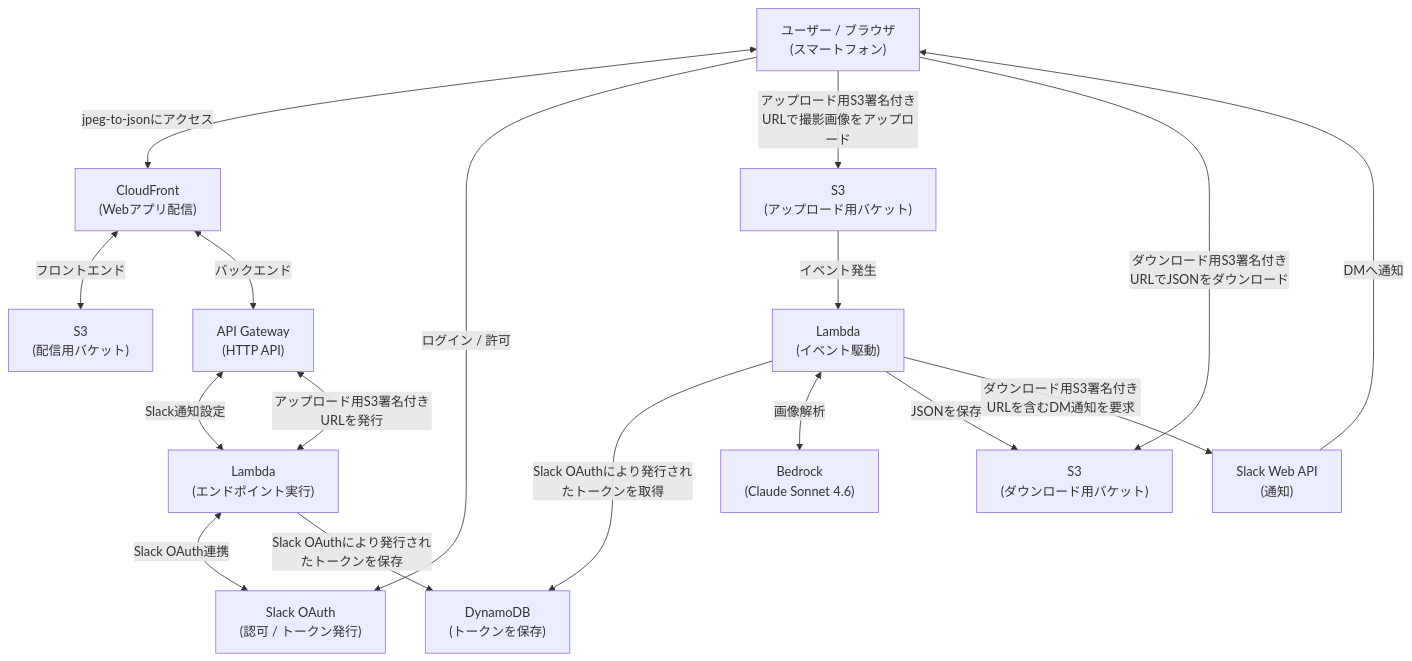
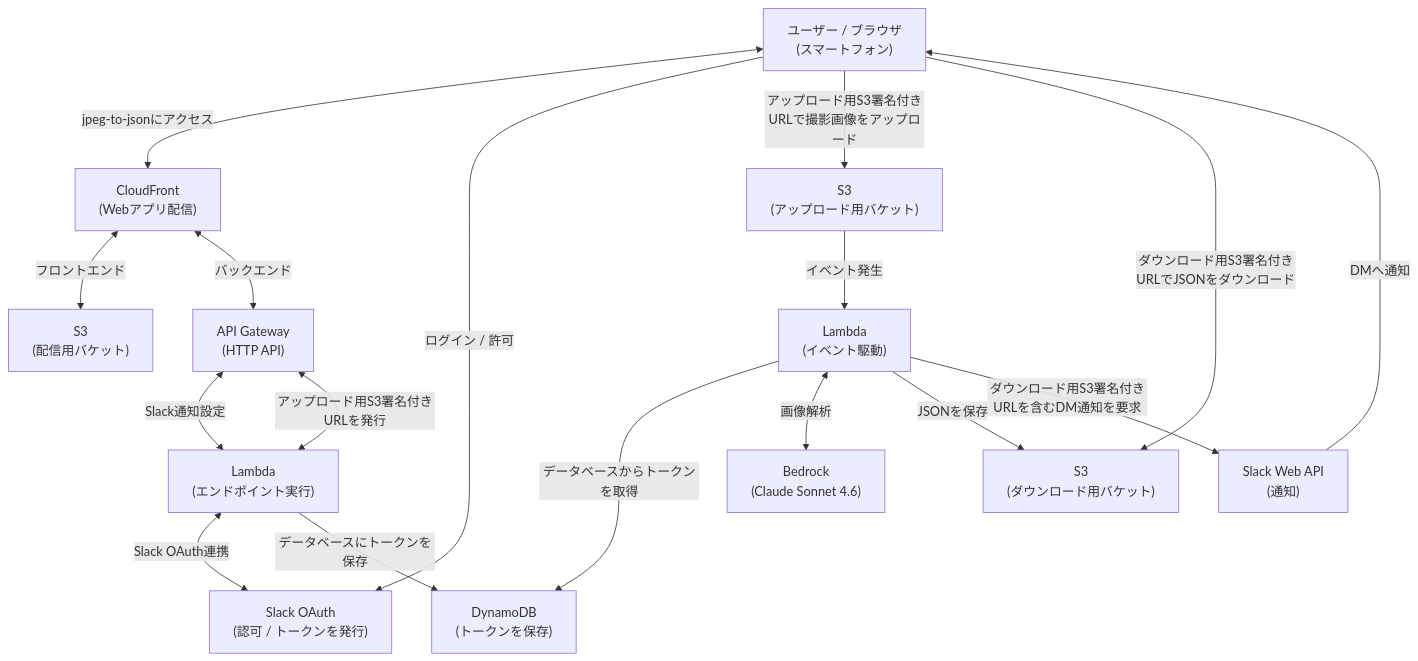
One commit to vinylhousegarage/jpeg-to-json changed the diagram in README.md. Above: the diagram before and after it, drawn with Mermaid.

Commit message:
docs(readme): refine token storage flow in system diagram

````diff
--- a/README.md
+++ b/README.md
@@ -14,37 +14,37 @@
 ```mermaid
 flowchart TD
   U["ユーザー / ブラウザ<br/>(スマートフォン)"]
 
   CF["CloudFront<br/>(Webアプリ配信)"]
   DB["DynamoDB<br/>(トークンを保存)"]
   AI["Bedrock<br/>(Claude Sonnet 4.6)"]
 
   FE["S3<br/>(配信用バケット)"]
   IN["S3<br/>(アップロード用バケット)"]
   OUT["S3<br/>(ダウンロード用バケット)"]
 
   API["API Gateway<br/>(HTTP API)"]
   APP["Lambda<br/>(エンドポイント実行)"]
   PROC["Lambda<br/>(イベント駆動)"]
 
-  OAUTH["Slack OAuth<br/>(認可 / トークン発行)"]
+  OAUTH["Slack OAuth<br/>(認可 / トークンを発行)"]
   WEBAPI["Slack Web API<br/>(通知)"]
 
   U <-->|jpeg-to-jsonにアクセス| CF
   CF <-->|"フロントエンド"| FE
   CF <-->|"バックエンド"| API
   U -->|"ログイン / 許可"| OAUTH
   API <-->|"Slack通知設定"| APP
   API <-->|"アップロード用S3署名付きURLを発行"| APP
   APP <-->|"Slack OAuth連携"| OAUTH
-  APP -->|"Slack OAuthにより発行されたトークンを保存"| DB
+  APP -->|"データベースにトークンを保存"| DB
 
   U -->|"アップロード用S3署名付きURLで撮影画像をアップロード"| IN
   IN -->|"イベント発生"| PROC
-  PROC -->|"Slack OAuthにより発行されたトークンを取得"| DB
+  PROC -->|"データベースからトークンを取得"| DB
   PROC <-->|"画像解析"| AI
   PROC -->|"JSONを保存"| OUT
   PROC -->|"ダウンロード用S3署名付きURLを含むDM通知を要求"| WEBAPI
   WEBAPI -->|"DMへ通知"| U
   U -->|"ダウンロード用S3署名付きURLでJSONをダウンロード"| OUT
 ```
````
